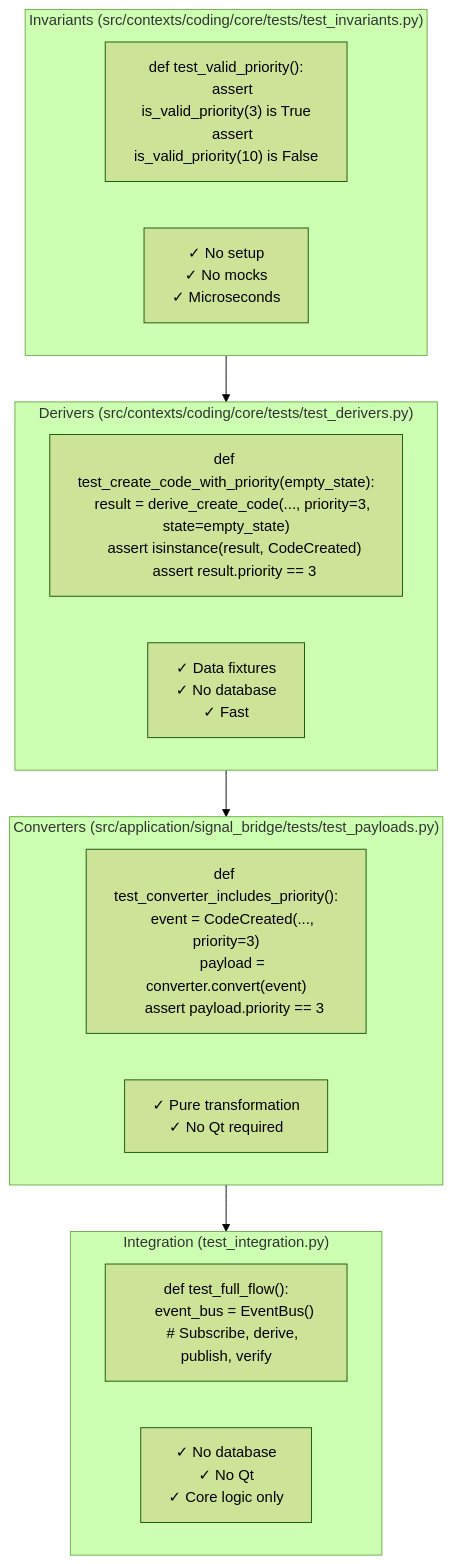
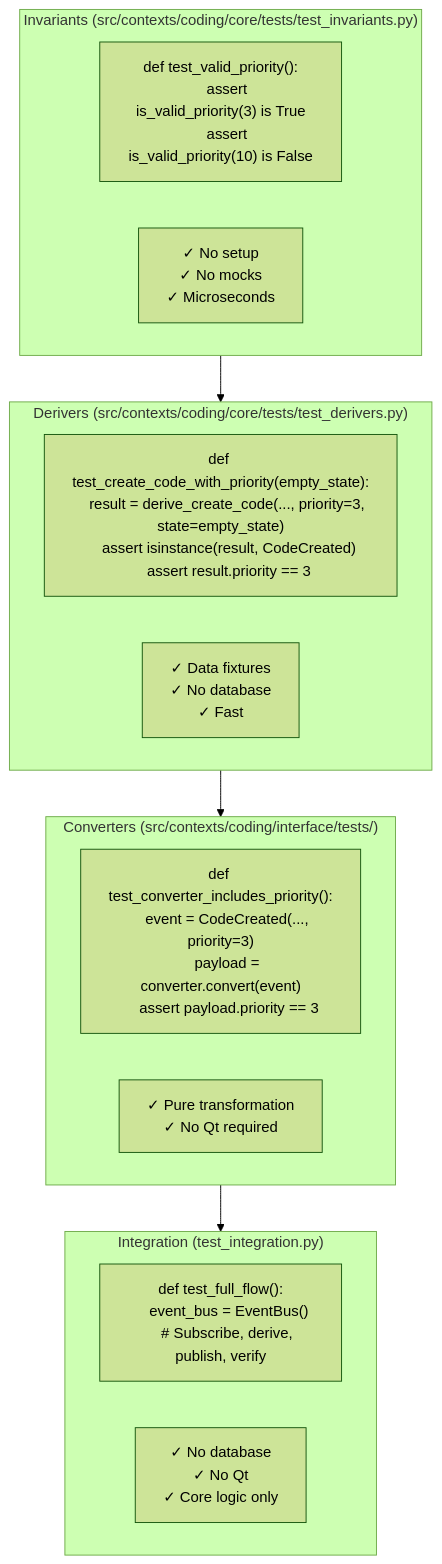
The third of 4 diagrams in docs/tutorials/07-complete-flow.md (scope-impact/QualCoder-v2), drawn with Mermaid (forest theme) before and after one commit. The commit also changed other lines of this file and 8 other files, not shown here.

First line of the commit message:
docs(tutorials): align onboarding with actual project architecture

````diff
--- a/docs/tutorials/07-complete-flow.md
+++ b/docs/tutorials/07-complete-flow.md
@@ -161,24 +165,24 @@
 ```mermaid
 graph TB
     subgraph INV ["Invariants (src/contexts/coding/core/tests/test_invariants.py)"]
         INV_TEST["def test_valid_priority():<br/>    assert is_valid_priority(3) is True<br/>    assert is_valid_priority(10) is False"]
         INV_PROPS["✓ No setup<br/>✓ No mocks<br/>✓ Microseconds"]
     end
 
     subgraph DER ["Derivers (src/contexts/coding/core/tests/test_derivers.py)"]
         DER_TEST["def test_create_code_with_priority(empty_state):<br/>    result = derive_create_code(..., priority=3, state=empty_state)<br/>    assert isinstance(result, CodeCreated)<br/>    assert result.priority == 3"]
         DER_PROPS["✓ Data fixtures<br/>✓ No database<br/>✓ Fast"]
     end
 
-    subgraph CONV ["Converters (src/application/signal_bridge/tests/test_payloads.py)"]
+    subgraph CONV ["Converters (src/contexts/coding/interface/tests/)"]
         CONV_TEST["def test_converter_includes_priority():<br/>    event = CodeCreated(..., priority=3)<br/>    payload = converter.convert(event)<br/>    assert payload.priority == 3"]
         CONV_PROPS["✓ Pure transformation<br/>✓ No Qt required"]
     end
 
     subgraph INT ["Integration (test_integration.py)"]
         INT_TEST["def test_full_flow():<br/>    event_bus = EventBus()<br/>    # Subscribe, derive, publish, verify"]
         INT_PROPS["✓ No database<br/>✓ No Qt<br/>✓ Core logic only"]
     end
 
     INV --> DER --> CONV --> INT
 ```
````
